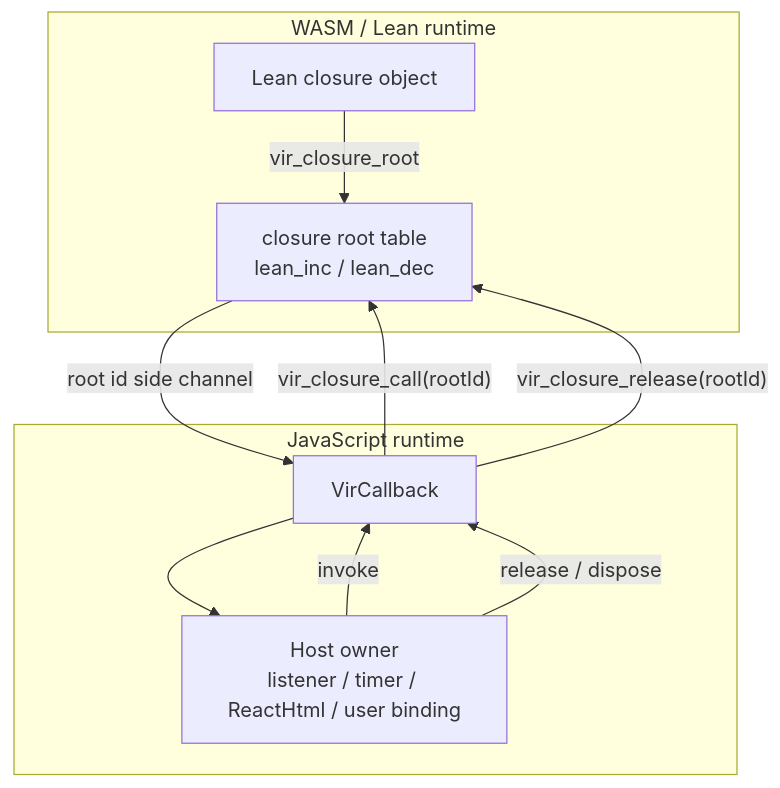
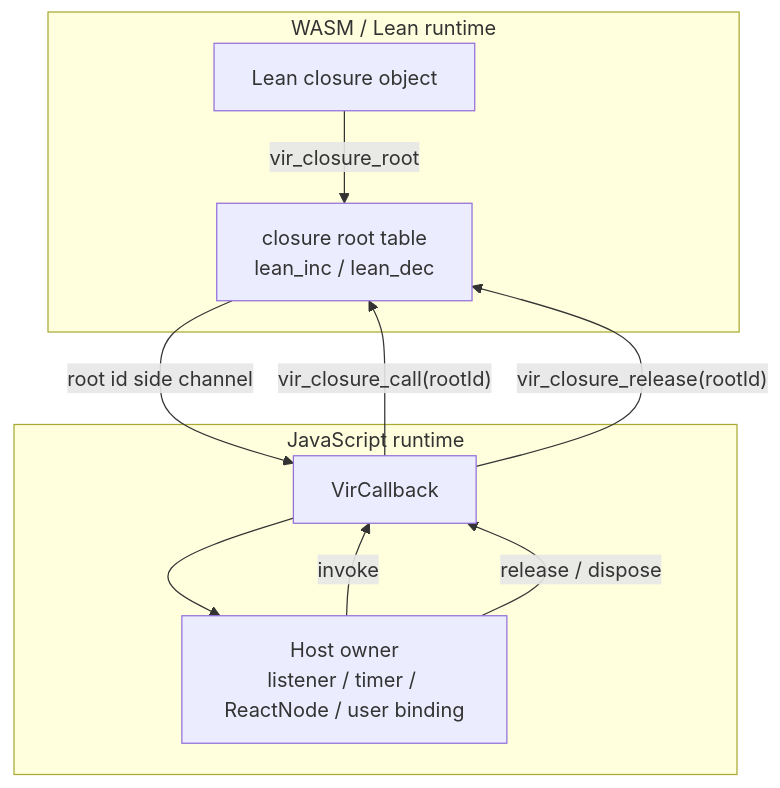
The fourth of 5 diagrams in docs/DEVELOPER_GUIDE.md (ejgallego/lean-vir), drawn with Mermaid before and after one commit. The commit also changed other lines of this file and 26 other files, not shown here.

Commit message:
refactor: rename React render resources to Node

````diff
--- a/docs/DEVELOPER_GUIDE.md
+++ b/docs/DEVELOPER_GUIDE.md
@@ -184,20 +184,20 @@
 ```mermaid
 flowchart TD
     subgraph Wasm["WASM / Lean runtime"]
         Closure["Lean closure object"]
         ClosureRoot["closure root table\nlean_inc / lean_dec"]
     end
 
     subgraph JS["JavaScript runtime"]
         Callback["VirCallback"]
-        Owner["Host owner\nlistener / timer / ReactHtml / user binding"]
+        Owner["Host owner\nlistener / timer / ReactNode / user binding"]
     end
 
     Closure -->|"vir_closure_root"| ClosureRoot
     ClosureRoot -->|"root id side channel"| Callback
     Callback --> Owner
     Owner -->|"invoke"| Callback
     Callback -->|"vir_closure_call(rootId)"| ClosureRoot
     Owner -->|"release / dispose"| Callback
     Callback -->|"vir_closure_release(rootId)"| ClosureRoot
 ```
````
